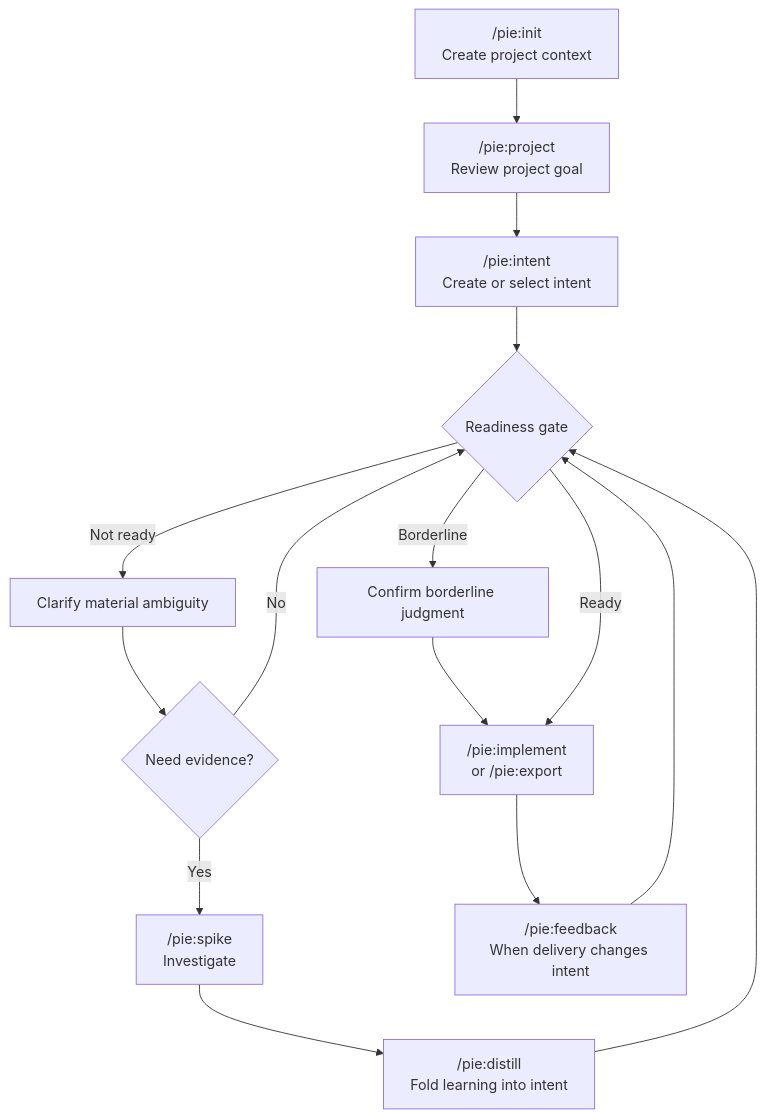
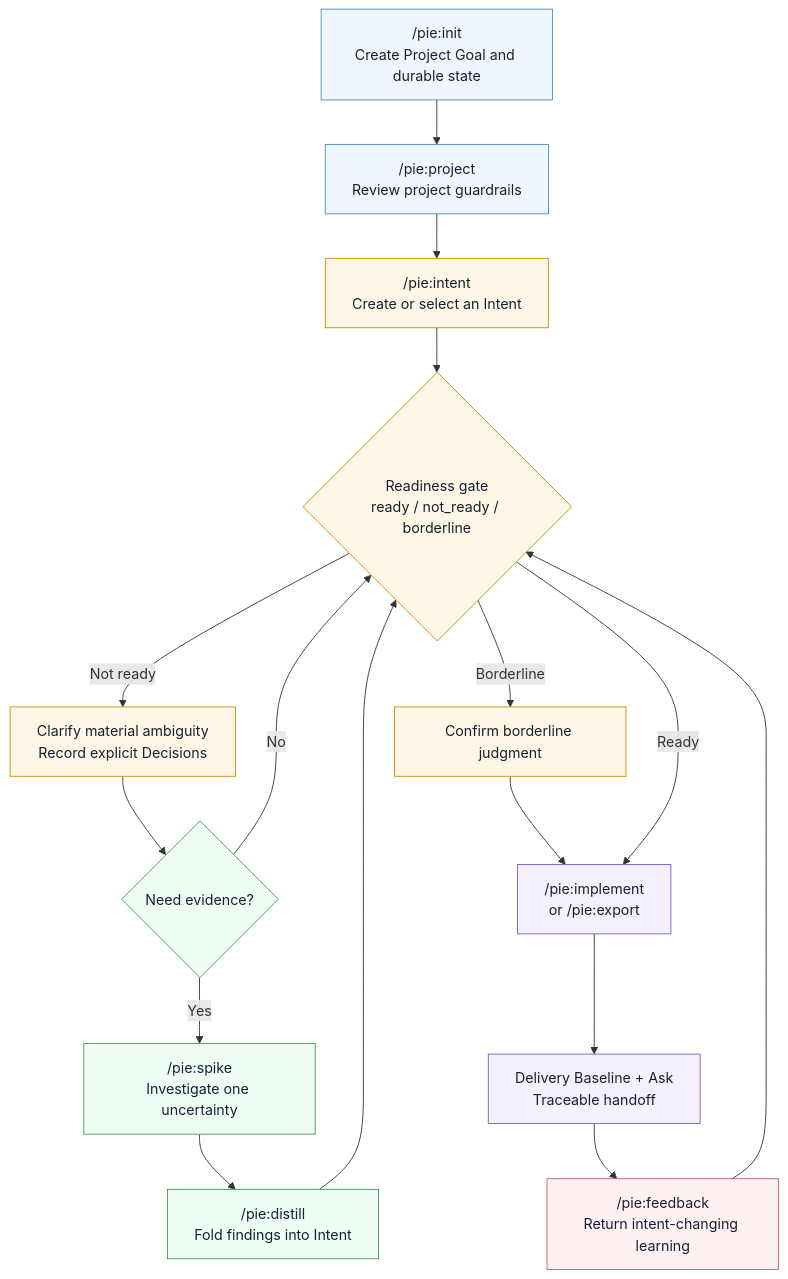
One commit to qiangxue/pie changed the diagram in README.md. Above: the diagram before and after it, drawn with Mermaid. The commit also changed other lines of this file, not shown here.

Commit message:
updated workflow diagram

````diff
--- a/README.md
+++ b/README.md
@@ -71,22 +35,36 @@
 ```mermaid
 flowchart TD
-  Init["/pie:init<br/>Create project context"]
-  ProjectCmd["/pie:project<br/>Review project goal"]
-  IntentCmd["/pie:intent<br/>Create or select intent"]
-  Ready{"Readiness gate"}
-  Clarify["Clarify material ambiguity"]
+  Init["/pie:init<br/>Create Project Goal and durable state"]
+  ProjectCmd["/pie:project<br/>Review project guardrails"]
+  IntentCmd["/pie:intent<br/>Create or select an Intent"]
+  Ready{"Readiness gate<br/>ready / not_ready / borderline"}
+  Clarify["Clarify material ambiguity<br/>Record explicit Decisions"]
   NeedEvidence{"Need evidence?"}
-  SpikeCmd["/pie:spike<br/>Investigate"]
-  Distill["/pie:distill<br/>Fold learning into intent"]
+  SpikeCmd["/pie:spike<br/>Investigate one uncertainty"]
+  Distill["/pie:distill<br/>Fold findings into Intent"]
   Confirm["Confirm borderline judgment"]
   Deliver["/pie:implement<br/>or /pie:export"]
-  FeedbackCmd["/pie:feedback<br/>When delivery changes intent"]
+  Baseline["Delivery Baseline + Ask<br/>Traceable handoff"]
+  FeedbackCmd["/pie:feedback<br/>Return intent-changing learning"]
 
   Init --> ProjectCmd --> IntentCmd --> Ready
   Ready -- "Not ready" --> Clarify --> NeedEvidence
   NeedEvidence -- "Yes" --> SpikeCmd --> Distill --> Ready
   NeedEvidence -- "No" --> Ready
   Ready -- "Borderline" --> Confirm --> Deliver
-  Ready -- "Ready" --> Deliver --> FeedbackCmd
+  Ready -- "Ready" --> Deliver
+  Deliver --> Baseline --> FeedbackCmd
   FeedbackCmd --> Ready
+
+  classDef project fill:#eef7ff,stroke:#4b8bbe,color:#172033
+  classDef discovery fill:#fff7e6,stroke:#d28a00,color:#172033
+  classDef evidence fill:#f0fdf4,stroke:#3f9b54,color:#172033
+  classDef delivery fill:#f5f0ff,stroke:#7c5cc4,color:#172033
+  classDef feedback fill:#fff1f2,stroke:#c95f6a,color:#172033
+
+  class Init,ProjectCmd project
+  class IntentCmd,Ready,Clarify,Confirm discovery
+  class NeedEvidence,SpikeCmd,Distill evidence
+  class Deliver,Baseline delivery
+  class FeedbackCmd feedback
 ```
````
